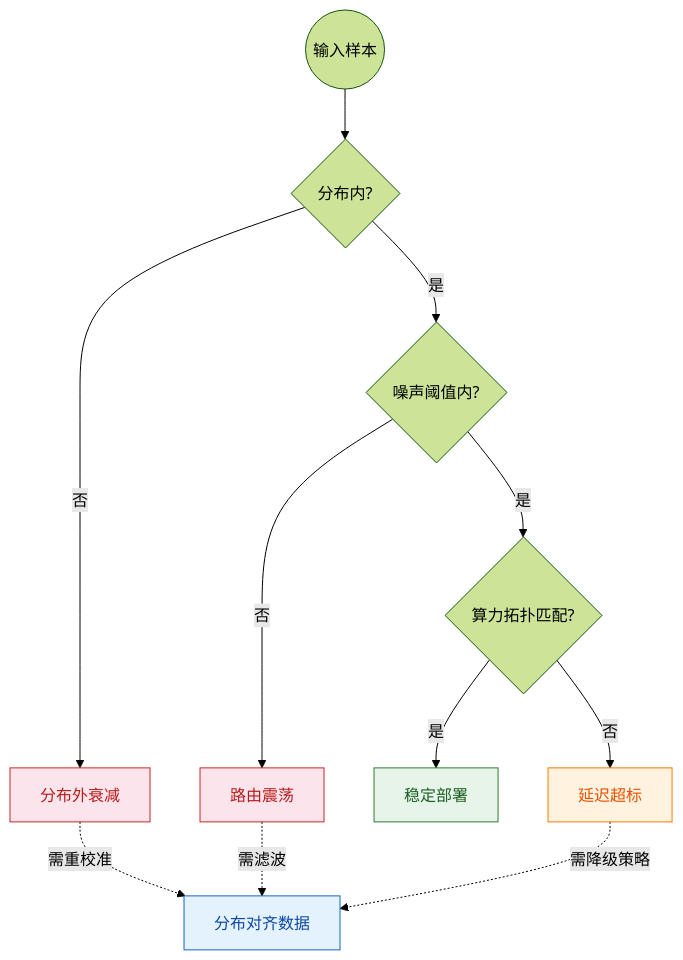
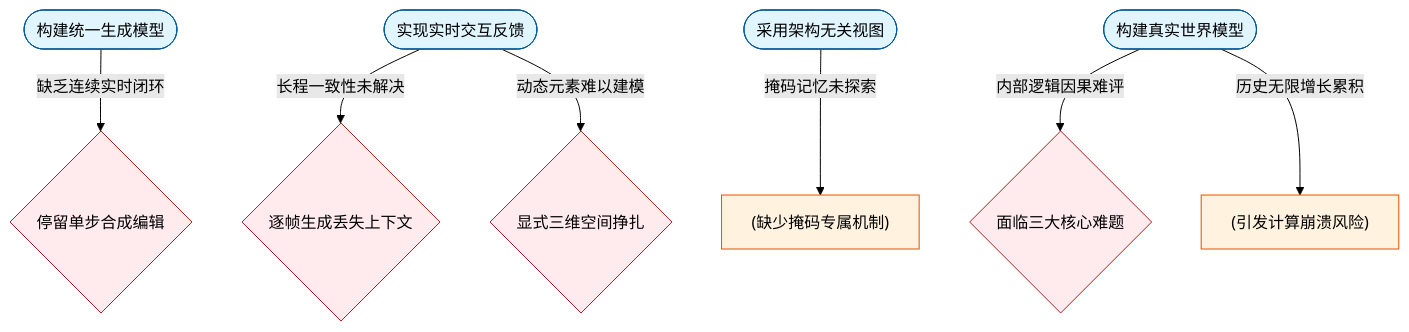
The ninth of 10 diagrams in person_vault/2026-06-12_FromMasksToWorldsAHitchhikerSGuideToWorl_2510.20668/report.md (ShinewineW/paper-rolling), drawn with Mermaid (forest theme) before and after one commit. The commit also changed other lines of this file and 51 other files, not shown here.

````diff
--- a/person_vault/2026-06-12_FromMasksToWorldsAHitchhikerSGuideToWorl_2510.20668/report.md
+++ b/person_vault/2026-06-12_FromMasksToWorldsAHitchhikerSGuideToWorl_2510.20668/report.md
@@ -384,19 +522,13 @@
 ```mermaid
 flowchart TD
-    classDef safe fill:#e6f4ea,color:#1b5e20,stroke:#2e7d32;
-    classDef warn fill:#fff3e0,color:#e65100,stroke:#f57c00;
-    classDef fail fill:#fce4ec,color:#b71c1c,stroke:#c62828;
-    classDef data fill:#e3f2fd,color:#0d47a1,stroke:#1565c0;
+    classDef stage fill:#e1f5fe,stroke:#01579b,color:#000000;
+    classDef fail fill:#ffebee,stroke:#b71c1c,color:#000000;
+    classDef limit fill:#fff3e0,stroke:#e65100,color:#000000;
 
-    start((输入样本)) --> check_dist{分布内?}
-    check_dist -->|是| check_noise{噪声阈值内?}
-    check_dist -->|否| ood_fail["分布外衰减"]:::fail
-    check_noise -->|是| check_hw{算力拓扑匹配?}
-    check_noise -->|否| noise_fail["路由震荡"]:::fail
-    check_hw -->|是| deploy_ok["稳定部署"]:::safe
-    check_hw -->|否| edge_fail["延迟超标"]:::warn
-    
-    ood_fail -.->|需重校准| data["分布对齐数据"]:::data
-    noise_fail -.->|需滤波| data
-    edge_fail -.->|需降级策略| data
+    s2(["构建统一生成模型"]):::stage -->|缺乏连续实时闭环| f1{停留单步合成编辑}:::fail
+    s3(["实现实时交互反馈"]):::stage -->|长程一致性未解决| f2{逐帧生成丢失上下文}:::fail
+    s3 -->|动态元素难以建模| f3{显式三维空间挣扎}:::fail
+    s4(["采用架构无关视图"]):::stage -->|掩码记忆未探索| l1["(缺少掩码专属机制)"]:::limit
+    wm(["构建真实世界模型"]):::stage -->|内部逻辑因果难评| f4{面临三大核心难题}:::fail
+    wm -->|历史无限增长累积| l2["(引发计算崩溃风险)"]:::limit
 ```
````
